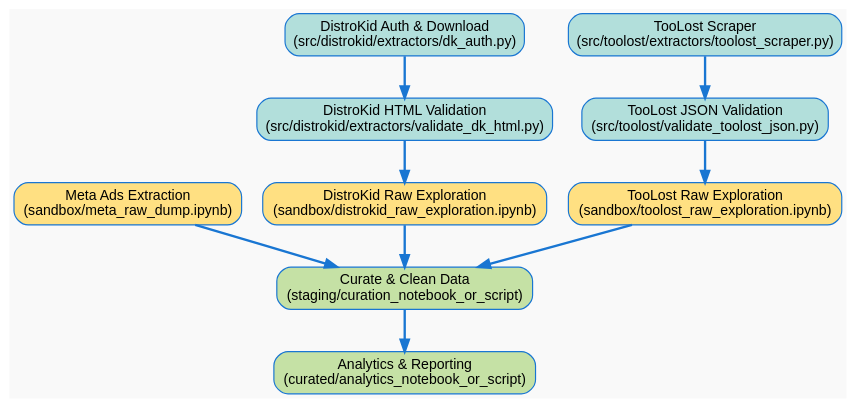
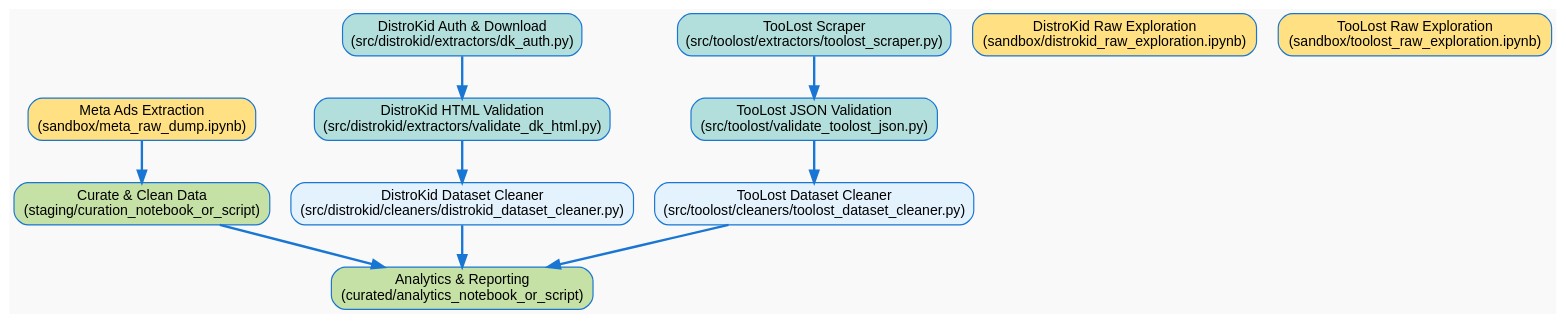
The diagram in cronjob/data_lake_cron_flow.dot (blakedemarest/bedrot-data-lake), drawn with Graphviz before and after one commit. The commit also changed 7 other files, not shown here.

```diff
--- a/cronjob/data_lake_cron_flow.dot
+++ b/cronjob/data_lake_cron_flow.dot
@@ -1,31 +1,31 @@
 digraph DataLakeCronJob {
     rankdir=TB;
     bgcolor="#f9f9f9";
     node [shape=box, style="filled,rounded", fillcolor="#e3f2fd", fontname="Arial", fontsize=12, color="#1976d2"];
     edge [color="#1976d2", penwidth=2];
 
     // Extraction & Validation Scripts
     "Meta Ads Extraction\n(sandbox/meta_raw_dump.ipynb)" [fillcolor="#ffe082"];
     "DistroKid Auth & Download\n(src/distrokid/extractors/dk_auth.py)" [fillcolor="#b2dfdb"];
     "DistroKid HTML Validation\n(src/distrokid/extractors/validate_dk_html.py)" [fillcolor="#b2dfdb"];
     "TooLost Scraper\n(src/toolost/extractors/toolost_scraper.py)" [fillcolor="#b2dfdb"];
     "TooLost JSON Validation\n(src/toolost/validate_toolost_json.py)" [fillcolor="#b2dfdb"];
 
     // Notebooks for Exploration/Cleaning
     "DistroKid Raw Exploration\n(sandbox/distrokid_raw_exploration.ipynb)" [fillcolor="#ffe082"];
     "TooLost Raw Exploration\n(sandbox/toolost_raw_exploration.ipynb)" [fillcolor="#ffe082"];
 
     // Curation/Analytics
     "Curate & Clean Data\n(staging/curation_notebook_or_script)" [fillcolor="#c5e1a5"];
     "Analytics & Reporting\n(curated/analytics_notebook_or_script)" [fillcolor="#c5e1a5"];
 
     // Flow
     "Meta Ads Extraction\n(sandbox/meta_raw_dump.ipynb)" -> "Curate & Clean Data\n(staging/curation_notebook_or_script)";
     "DistroKid Auth & Download\n(src/distrokid/extractors/dk_auth.py)" -> "DistroKid HTML Validation\n(src/distrokid/extractors/validate_dk_html.py)";
-    "DistroKid HTML Validation\n(src/distrokid/extractors/validate_dk_html.py)" -> "DistroKid Raw Exploration\n(sandbox/distrokid_raw_exploration.ipynb)";
-    "DistroKid Raw Exploration\n(sandbox/distrokid_raw_exploration.ipynb)" -> "Curate & Clean Data\n(staging/curation_notebook_or_script)";
+    "DistroKid HTML Validation\n(src/distrokid/extractors/validate_dk_html.py)" -> "DistroKid Dataset Cleaner\n(src/distrokid/cleaners/distrokid_dataset_cleaner.py)";
+    "DistroKid Dataset Cleaner\n(src/distrokid/cleaners/distrokid_dataset_cleaner.py)" -> "Analytics & Reporting\n(curated/analytics_notebook_or_script)";
     "TooLost Scraper\n(src/toolost/extractors/toolost_scraper.py)" -> "TooLost JSON Validation\n(src/toolost/validate_toolost_json.py)";
-    "TooLost JSON Validation\n(src/toolost/validate_toolost_json.py)" -> "TooLost Raw Exploration\n(sandbox/toolost_raw_exploration.ipynb)";
-    "TooLost Raw Exploration\n(sandbox/toolost_raw_exploration.ipynb)" -> "Curate & Clean Data\n(staging/curation_notebook_or_script)";
+    "TooLost JSON Validation\n(src/toolost/validate_toolost_json.py)" -> "TooLost Dataset Cleaner\n(src/toolost/cleaners/toolost_dataset_cleaner.py)";
+    "TooLost Dataset Cleaner\n(src/toolost/cleaners/toolost_dataset_cleaner.py)" -> "Analytics & Reporting\n(curated/analytics_notebook_or_script)";
     "Curate & Clean Data\n(staging/curation_notebook_or_script)" -> "Analytics & Reporting\n(curated/analytics_notebook_or_script)";
 }
```
